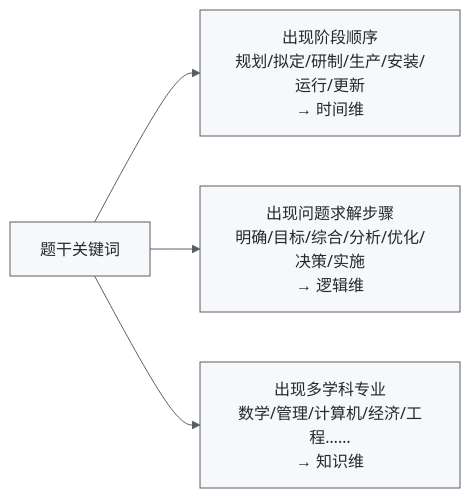
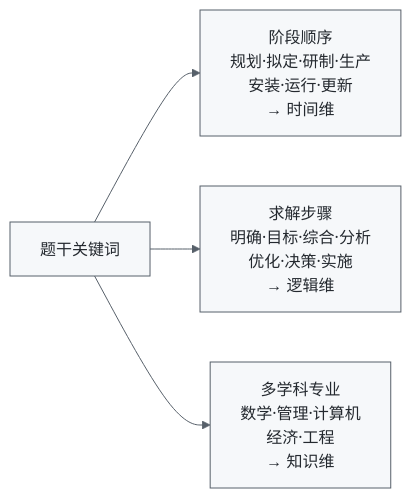
One commit to 74262195/system-architect-notes changed the seventh of 7 diagrams in 01_综合知识/02_系统工程与信息系统基础/02_系统工程方法/霍尔三维结构.md. Above: the diagram before and after it, drawn with Mermaid. The commit also changed other lines of this file and 2 other files, not shown here.

Commit message:
fix: 让流程图适配屏幕并优化节点文本

````diff
--- a/01_综合知识/02_系统工程与信息系统基础/02_系统工程方法/霍尔三维结构.md
+++ b/01_综合知识/02_系统工程与信息系统基础/02_系统工程方法/霍尔三维结构.md
@@ -590,7 +570,7 @@
 ```mermaid
 %%{init: {"theme":"base","themeVariables":{"fontSize":"16px","primaryColor":"#f6f8fa","primaryTextColor":"#24292f","primaryBorderColor":"#57606a","lineColor":"#57606a","secondaryColor":"#ffffff","tertiaryColor":"#ffffff","edgeLabelBackground":"#ffffff"}}}%%
 flowchart LR
-    Q["题干关键词"] --> T["出现阶段顺序<br/>规划/拟定/研制/生产/安装/运行/更新<br/>→ 时间维"]
-    Q --> L["出现问题求解步骤<br/>明确/目标/综合/分析/优化/决策/实施<br/>→ 逻辑维"]
-    Q --> K["出现多学科专业<br/>数学/管理/计算机/经济/工程……<br/>→ 知识维"]
+    Q["题干关键词"] --> T["阶段顺序<br/>规划·拟定·研制·生产<br/>安装·运行·更新<br/>→ 时间维"]
+    Q --> L["求解步骤<br/>明确·目标·综合·分析<br/>优化·决策·实施<br/>→ 逻辑维"]
+    Q --> K["多学科专业<br/>数学·管理·计算机<br/>经济·工程<br/>→ 知识维"]
 ```
````
